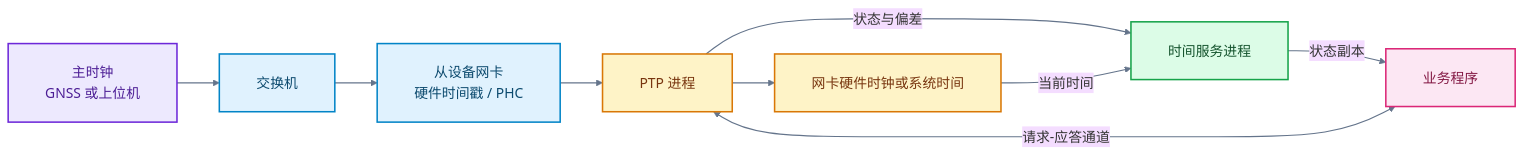
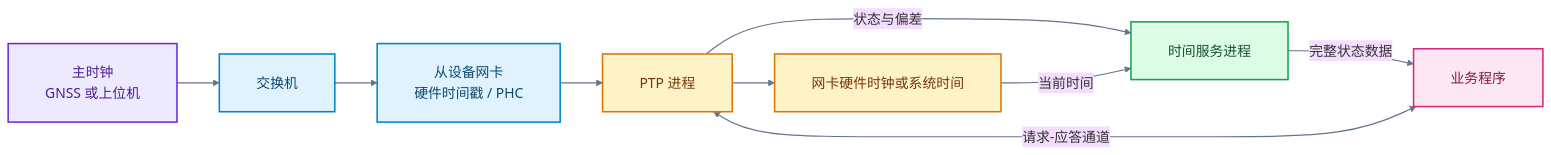
One commit to DeguiLiu/tech-notes changed the first of 5 diagrams in content/posts/performance/ptp_state_machine_field_troubleshooting.md. Above: the diagram before and after it, drawn with Mermaid. The commit also changed other lines of this file, not shown here.

````diff
--- a/content/posts/performance/ptp_state_machine_field_troubleshooting.md
+++ b/content/posts/performance/ptp_state_machine_field_troubleshooting.md
@@ -97,24 +109,24 @@
 ```mermaid
 %%{init: {"theme":"base","themeVariables":{"fontFamily":"sans-serif","fontSize":"18px","lineColor":"#455A64"},"flowchart":{"htmlLabels":true,"padding":24,"nodeSpacing":45,"rankSpacing":55}}}%%
 flowchart LR
     GM["主时钟<br/>GNSS 或上位机"] --> SW["交换机"]
     SW --> NIC["从设备网卡<br/>硬件时间戳 / PHC"]
     NIC --> PTP["PTP 进程"]
     PTP --> CLK["网卡硬件时钟或系统时间"]
     PTP -->|"状态与偏差"| TS["时间服务进程"]
     CLK -->|"当前时间"| TS
-    TS -->|"状态副本"| APP["业务程序"]
+    TS -->|"完整状态数据"| APP["业务程序"]
     PTP <-->|"请求-应答通道"| APP
 
     classDef master fill:#EDE9FE,stroke:#6D28D9,stroke-width:2px,color:#4C1D95
     classDef net fill:#E0F2FE,stroke:#0284C7,stroke-width:2px,color:#0C4A6E
     classDef proto fill:#FEF3C7,stroke:#D97706,stroke-width:2px,color:#78350F
     classDef dist fill:#DCFCE7,stroke:#16A34A,stroke-width:2px,color:#14532D
     classDef app fill:#FCE7F3,stroke:#DB2777,stroke-width:2px,color:#831843
     class GM master
     class SW,NIC net
     class PTP,CLK proto
     class TS dist
     class APP app
     linkStyle default stroke:#64748B,stroke-width:1.5px
 ```
````
